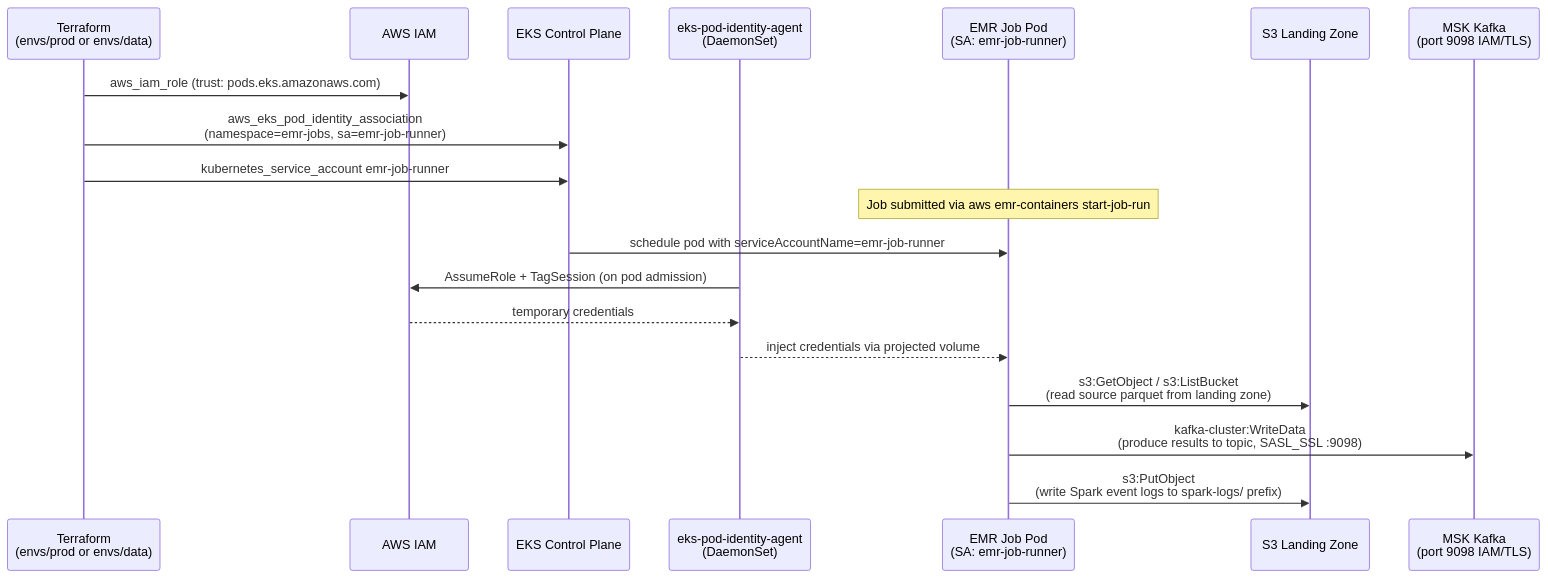
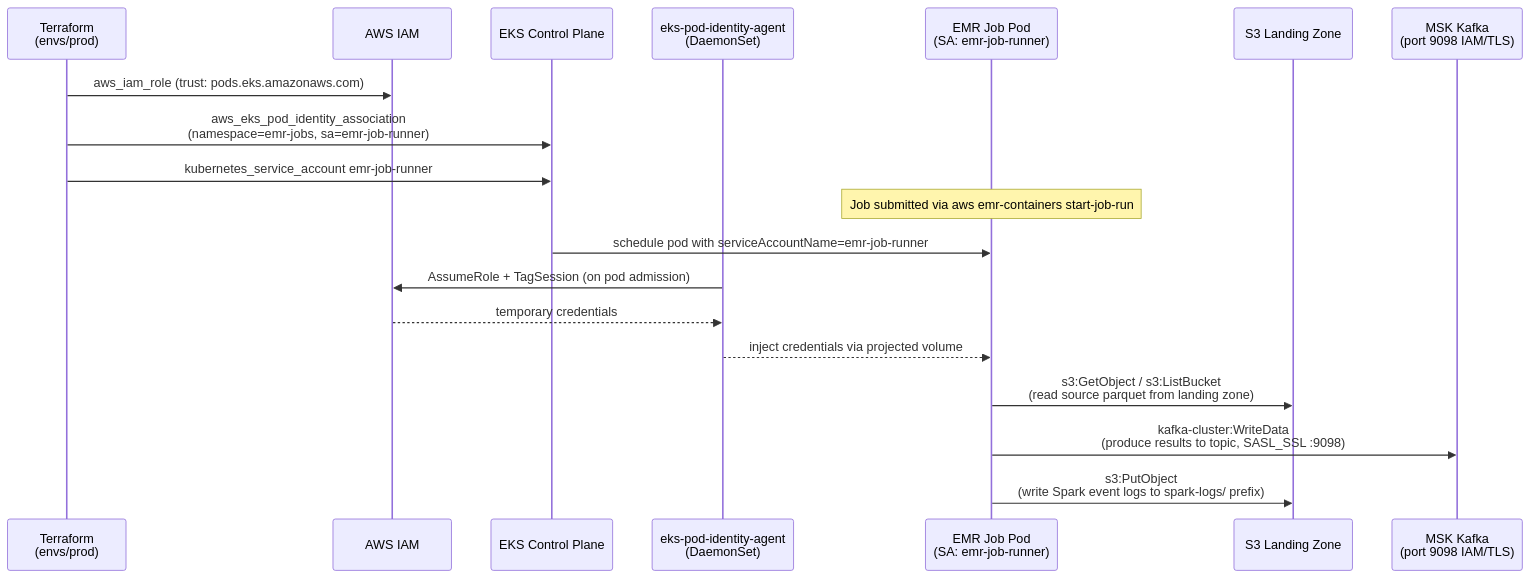
Before and after one commit to paragch/eks-hub-spoke: the ninth of 13 diagrams in docs/low-level-design.md, drawn with Mermaid. The commit also changed other lines of this file and 40 other files, not shown here.

First line of the commit message:
Remove dev and data accounts; simplify to hub + prod + prod-data

````diff
--- a/docs/low-level-design.md
+++ b/docs/low-level-design.md
@@ -455,23 +335,23 @@
 ```mermaid
 sequenceDiagram
-  participant TF as Terraform<br/>(envs/prod or envs/data)
+  participant TF as Terraform<br/>(envs/prod)
   participant IAM as AWS IAM
   participant EKS as EKS Control Plane
   participant AGENT as eks-pod-identity-agent<br/>(DaemonSet)
   participant POD as EMR Job Pod<br/>(SA: emr-job-runner)
   participant S3 as S3 Landing Zone
   participant MSK as MSK Kafka<br/>(port 9098 IAM/TLS)
 
   TF->>IAM: aws_iam_role (trust: pods.eks.amazonaws.com)
   TF->>EKS: aws_eks_pod_identity_association<br/>(namespace=emr-jobs, sa=emr-job-runner)
   TF->>EKS: kubernetes_service_account emr-job-runner
 
   Note over POD: Job submitted via aws emr-containers start-job-run
   EKS->>POD: schedule pod with serviceAccountName=emr-job-runner
   AGENT->>IAM: AssumeRole + TagSession (on pod admission)
   IAM-->>AGENT: temporary credentials
   AGENT-->>POD: inject credentials via projected volume
   POD->>S3: s3:GetObject / s3:ListBucket<br/>(read source parquet from landing zone)
   POD->>MSK: kafka-cluster:WriteData<br/>(produce results to topic, SASL_SSL :9098)
   POD->>S3: s3:PutObject<br/>(write Spark event logs to spark-logs/ prefix)
 ```
````
